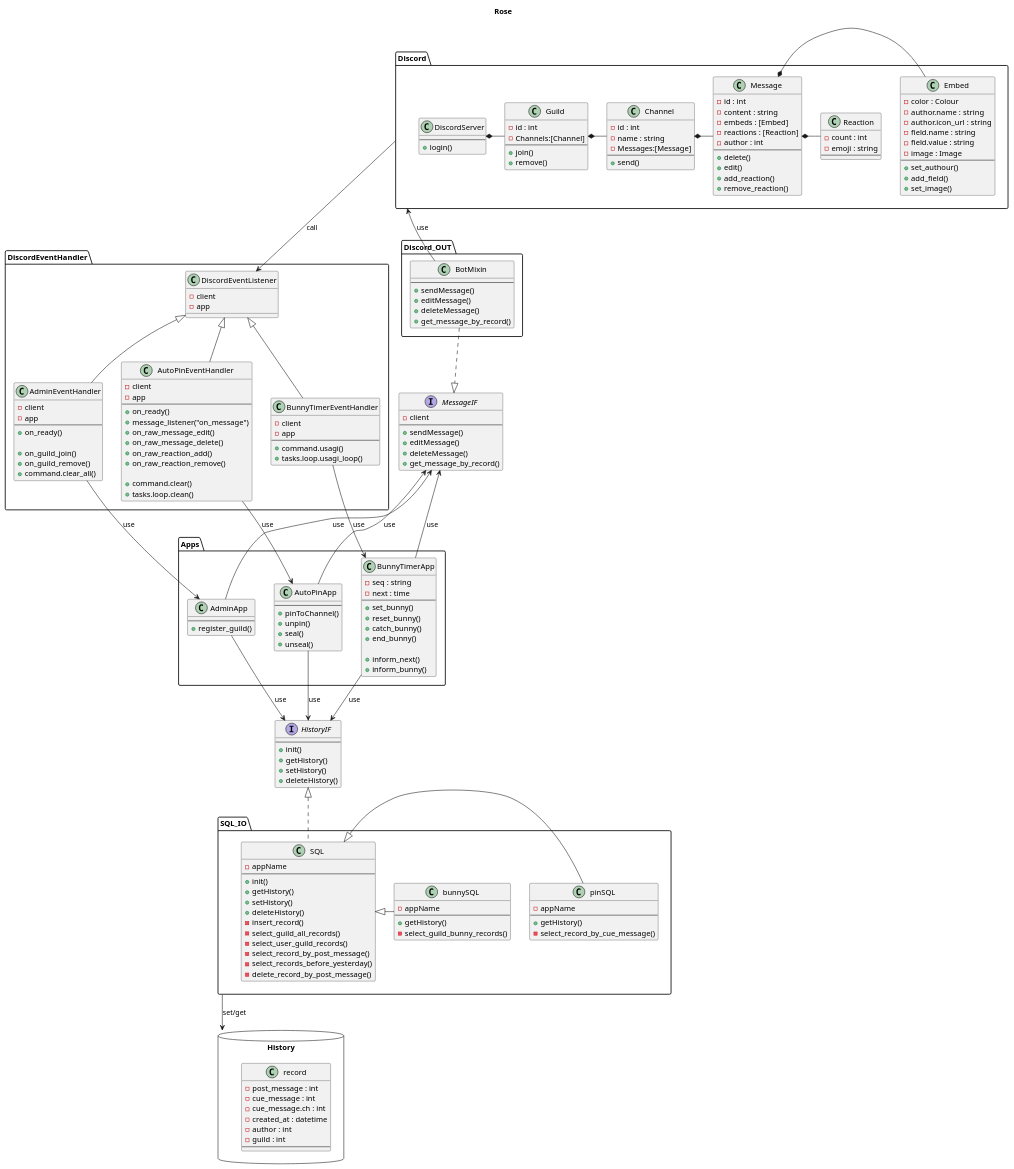
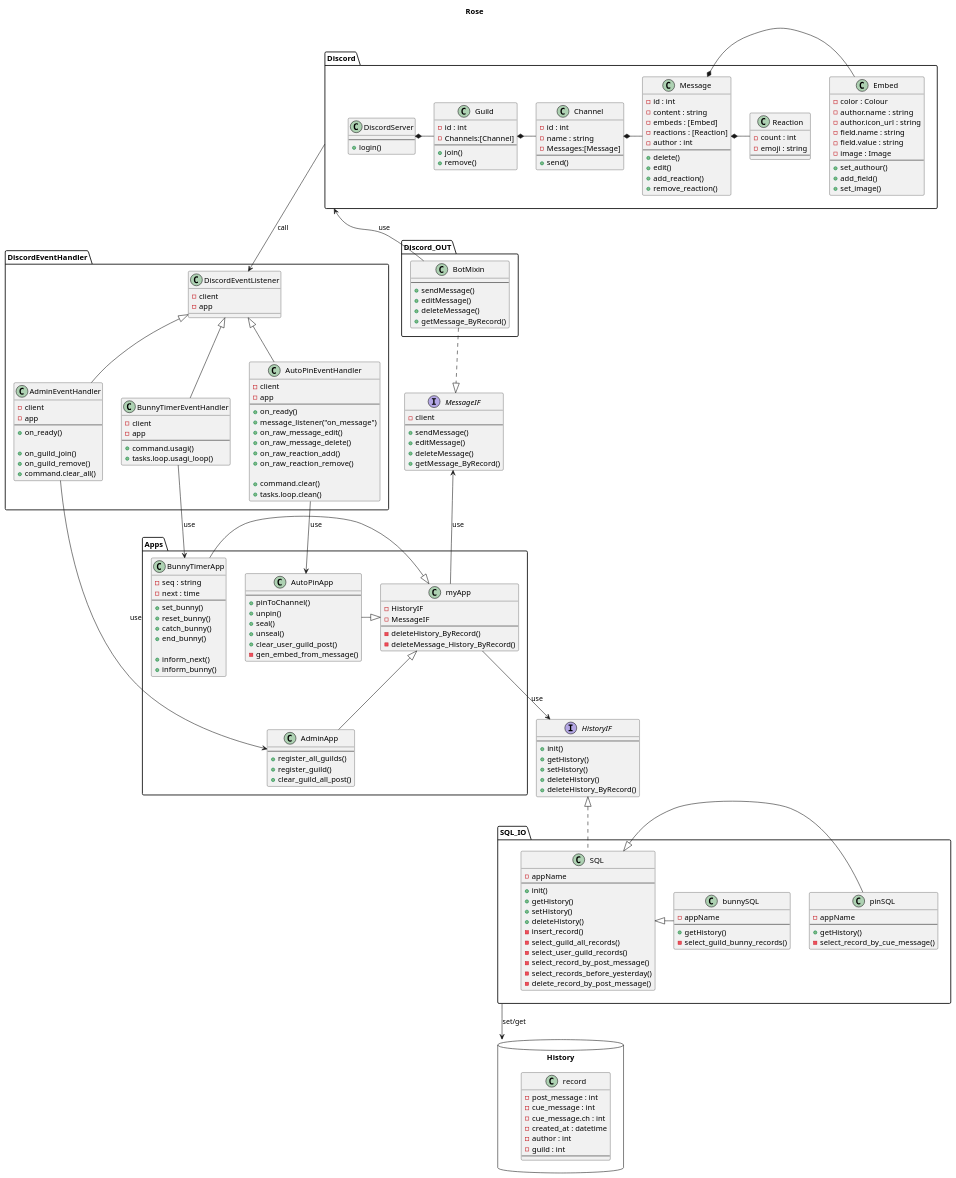
The diagram in Design/Class_diagram.pu (HitsumabushiEng/rose_discord_bot), drawn with PlantUML before and after one commit. The commit also changed 7 other files, not shown here.

```diff
--- a/Design/Class_diagram.pu
+++ b/Design/Class_diagram.pu
@@ -61,7 +61,7 @@
         + sendMessage()
         + editMessage()
         + deleteMessage()
-        + get_message_by_record()
+        + getMessage_ByRecord()
     }
 }
 
@@ -106,9 +106,19 @@
 }
 
 package Apps{
+    class myApp{
+        - HistoryIF
+        - MessageIF
+        ---
+        - deleteHistory_ByRecord()
+        - deleteMessage_History_ByRecord()
+    }
+
     class AdminApp{
         ---
+        + register_all_guilds()
         + register_guild()
+        + clear_guild_all_post()
     }
 
     class AutoPinApp{
@@ -117,6 +127,8 @@
         + unpin()
         + seal()
         + unseal()
+        + clear_user_guild_post()
+        - gen_embed_from_message()
     }
 
     class BunnyTimerApp{
@@ -169,7 +181,7 @@
     + sendMessage()
     + editMessage()
     + deleteMessage()
-    + get_message_by_record()
+    + getMessage_ByRecord()
 }
 
 interface HistoryIF{
@@ -178,6 +190,7 @@
     + getHistory()
     + setHistory()
     + deleteHistory()
+    + deleteHistory_ByRecord()
 }
 
 package History <<database>>{
@@ -217,7 +230,9 @@
 
 
 ' relation in package Apps
-
+myApp           <|--    AdminApp
+myApp           <|-    AutoPinApp
+myApp           <|-    BunnyTimerApp
 
 ' relation in package SQL_IO
 SQL            <|-     pinSQL
@@ -245,16 +260,12 @@
 ''''''''''''''''''''''''''''
 ' HistoryIF
 HistoryIF       <|..    SQL
-AdminApp        -->     HistoryIF : use
-AutoPinApp      -->     HistoryIF : use
-BunnyTimerApp   -->     HistoryIF : use
+myApp           -->     HistoryIF : use
 
 ' MessageIF
 BotMixin        ..|>    MessageIF
 
-MessageIF       <--     AdminApp : use
-MessageIF       <--     AutoPinApp : use
-MessageIF       <--     BunnyTimerApp : use
+MessageIF       <--     myApp : use
 
 
 @enduml
```
